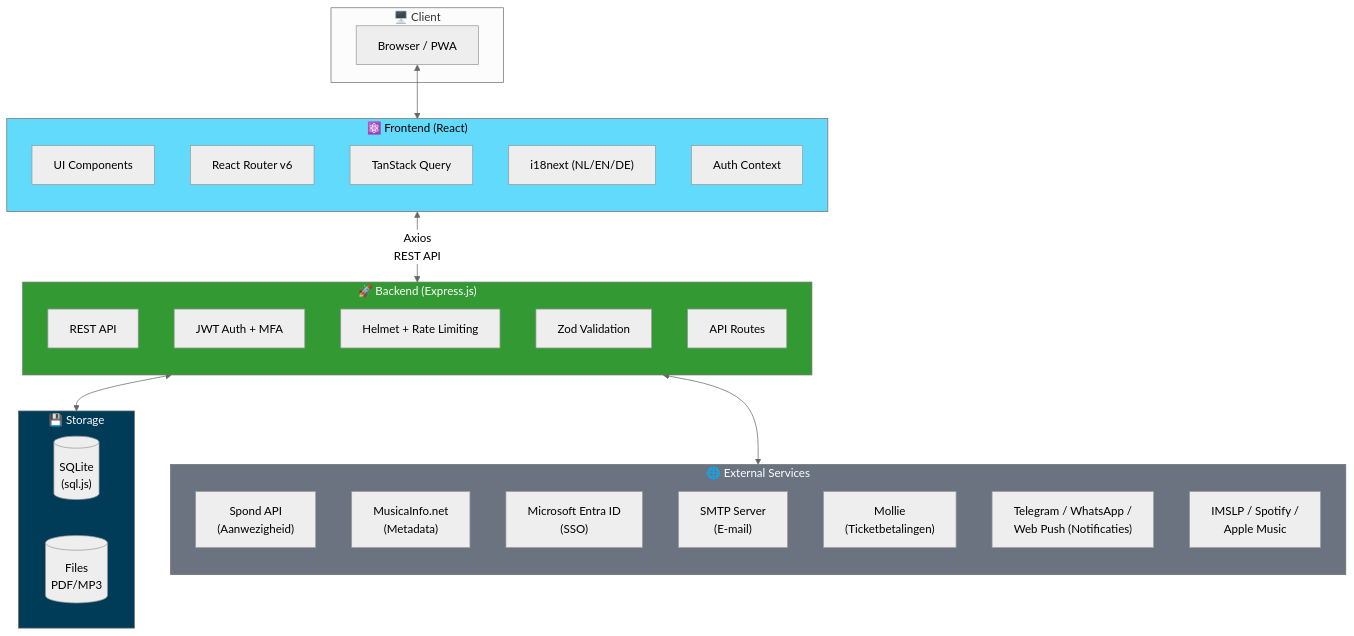
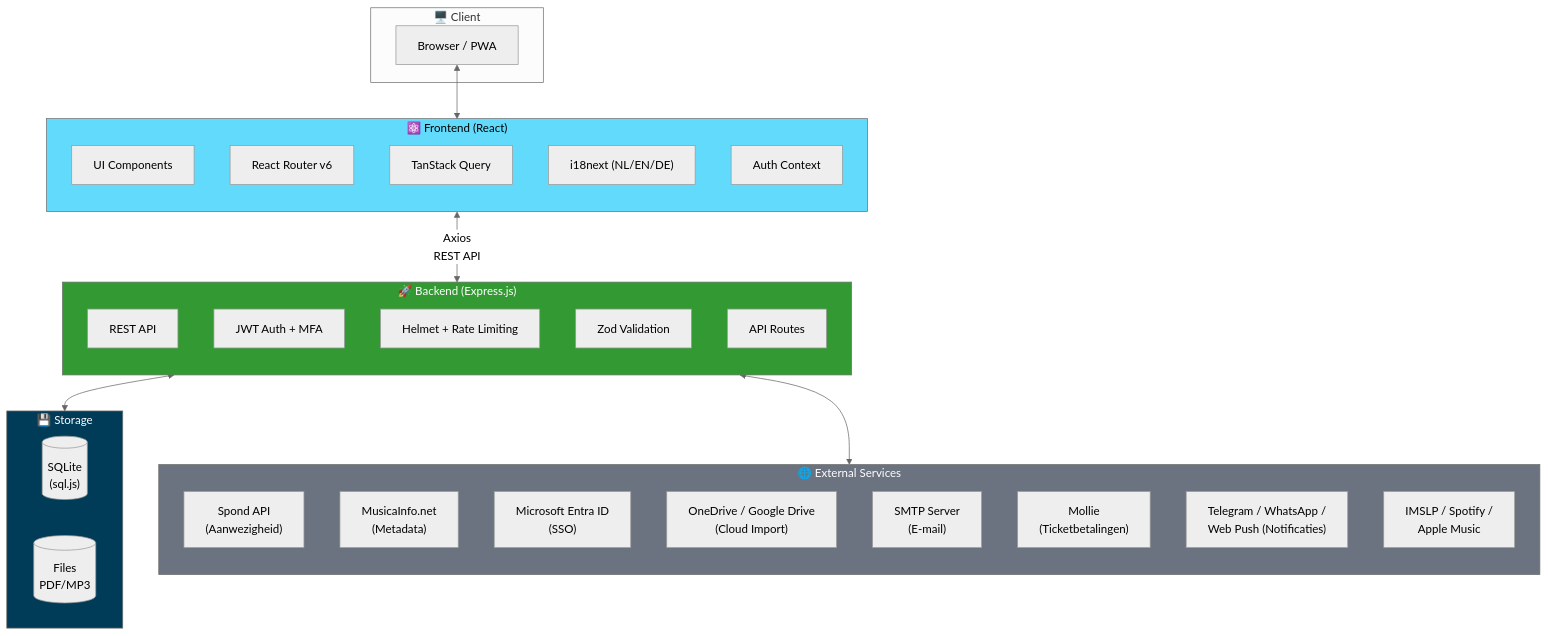
One commit to ruudsl/tutti changed the first of 2 diagrams in README.nl.md. Above: the diagram before and after it, drawn with Mermaid (neutral theme). The commit also changed other lines of this file and 2 other files, not shown here.

First line of the commit message:
docs: add cloud import (OneDrive/Google Drive) documentation to READMEs

````diff
--- a/README.nl.md
+++ b/README.nl.md
@@ -44,51 +44,52 @@
 ```mermaid
 flowchart TB
     subgraph Client["🖥️ Client"]
         Browser["Browser / PWA"]
     end
 
     subgraph Frontend["⚛️ Frontend (React)"]
         direction TB
         UI["UI Components"]
         Router["React Router v6"]
         State["TanStack Query"]
         i18n["i18next (NL/EN/DE)"]
         Auth["Auth Context"]
     end
 
     subgraph Backend["🚀 Backend (Express.js)"]
         direction TB
         API["REST API"]
         JWT["JWT Auth + MFA"]
         Middleware["Helmet + Rate Limiting"]
         Validation["Zod Validation"]
         Routes["API Routes"]
     end
 
     subgraph Storage["💾 Storage"]
         direction LR
         SQLite[("SQLite\n(sql.js)")]
         Files[("Files\nPDF/MP3")]
     end
 
     subgraph External["🌐 External Services"]
         direction TB
         Spond["Spond API\n(Aanwezigheid)"]
         MusicaInfo["MusicaInfo.net\n(Metadata)"]
         Entra["Microsoft Entra ID\n(SSO)"]
+        CloudStorage["OneDrive / Google Drive\n(Cloud Import)"]
         SMTP["SMTP Server\n(E-mail)"]
         Mollie["Mollie\n(Ticketbetalingen)"]
         Notifications["Telegram / WhatsApp /\nWeb Push (Notificaties)"]
         Streaming["IMSLP / Spotify /\nApple Music"]
     end
 
     Browser <--> Frontend
     Frontend <-->|"Axios\nREST API"| Backend
     Backend <--> Storage
     Backend <--> External
 
     style Frontend fill:#61DAFB,color:#000
     style Backend fill:#339933,color:#fff
     style Storage fill:#003B57,color:#fff
     style External fill:#6B7280,color:#fff
 ```
````
